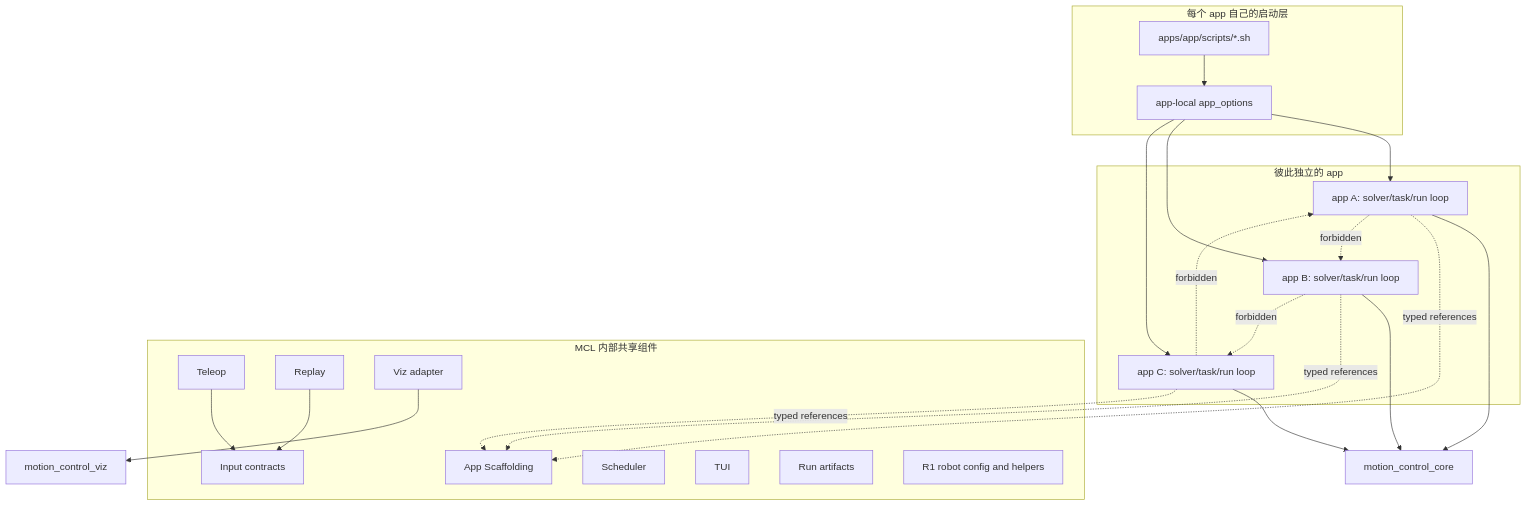
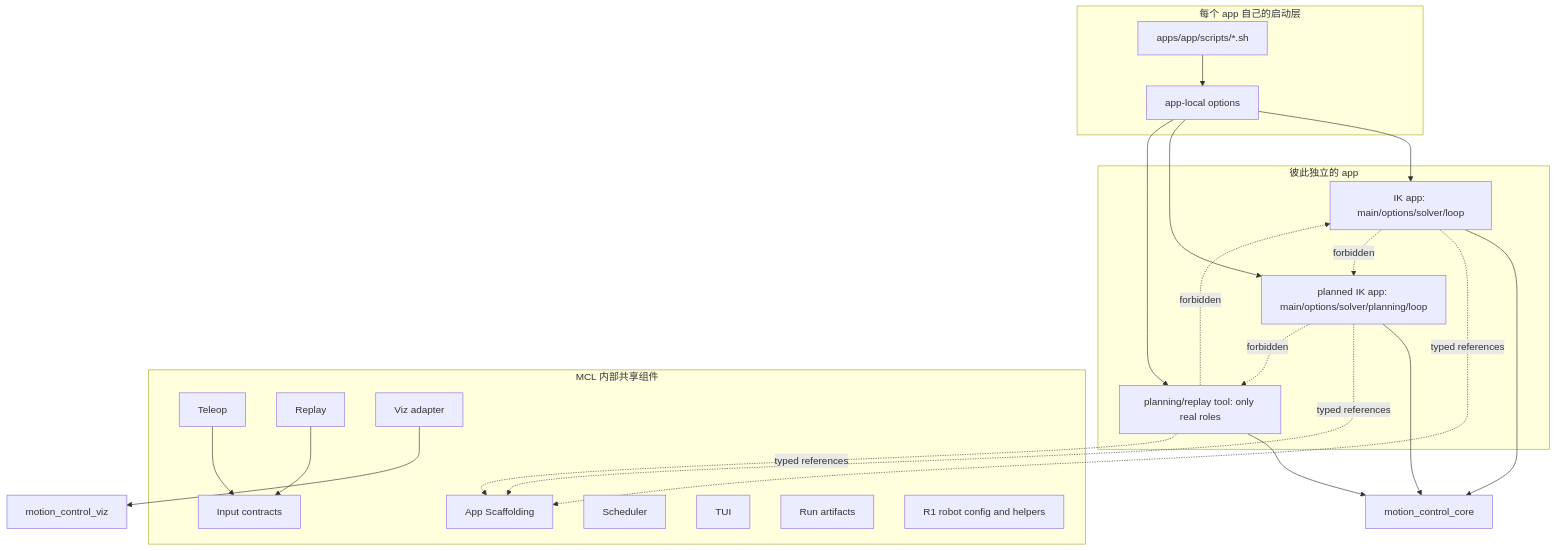
Before and after one commit to TANG617/motion_control_lab: the first of 3 diagrams in docs/app_component_architecture.md, drawn with Mermaid. The commit also changed other lines of this file and 150 other files, not shown here.

````diff
--- a/docs/app_component_architecture.md
+++ b/docs/app_component_architecture.md
@@ -32,48 +33,48 @@
 ```mermaid
 flowchart TB
   subgraph Launch[每个 app 自己的启动层]
     Scripts["apps/app/scripts/*.sh"]
-    Options["app-local app_options"]
+    Options["app-local options"]
   end
 
   subgraph Apps[彼此独立的 app]
-    AppA["app A: solver/task/run loop"]
-    AppB["app B: solver/task/run loop"]
-    AppC["app C: solver/task/run loop"]
+    AppA["IK app: main/options/solver/loop"]
+    AppB["planned IK app: main/options/solver/planning/loop"]
+    AppC["planning/replay tool: only real roles"]
   end
 
   subgraph Shared[MCL 内部共享组件]
     Scaffold[App Scaffolding]
     Input[Input contracts]
     Teleop[Teleop]
     Replay[Replay]
     Scheduler[Scheduler]
     TUI[TUI]
     VizAdapter[Viz adapter]
     Artifacts[Run artifacts]
     Robot[R1 robot config and helpers]
   end
 
   MCC[motion_control_core]
   MCV[motion_control_viz]
 
   Scripts --> Options
   Options --> AppA
   Options --> AppB
   Options --> AppC
 
   AppA --> MCC
   AppB --> MCC
   AppC --> MCC
 
   AppA -. typed references .-> Scaffold
   AppB -. typed references .-> Scaffold
   AppC -. typed references .-> Scaffold
   Teleop --> Input
   Replay --> Input
   VizAdapter --> MCV
 
   AppA -. forbidden .-> AppB
   AppB -. forbidden .-> AppC
   AppC -. forbidden .-> AppA
 ```
````
